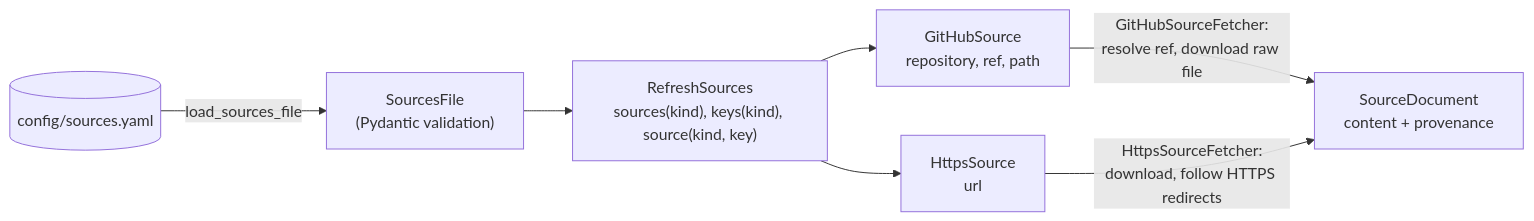
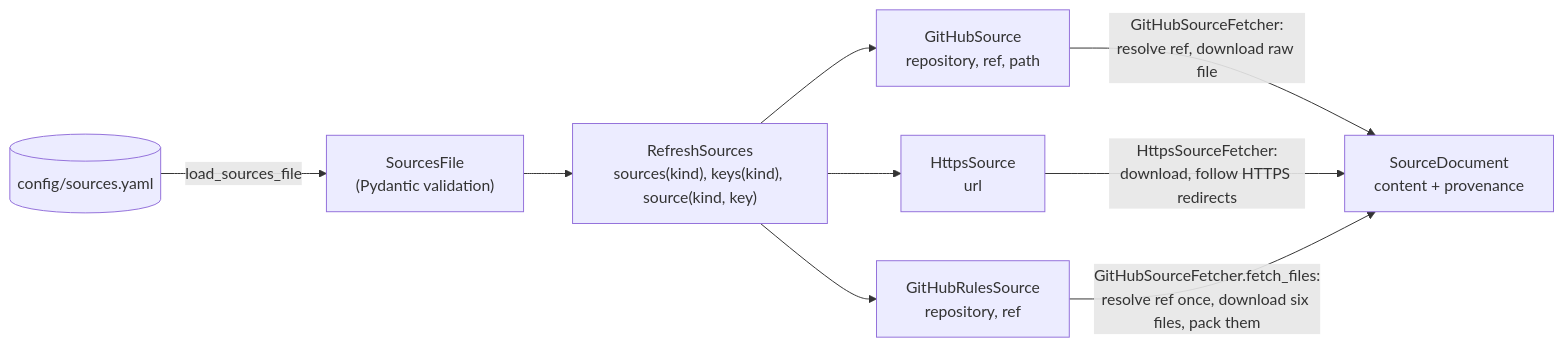
One commit to geneontology/standard-annotation-backend changed the second of 5 diagrams in docs/refresh-infrastructure.md. Above: the diagram before and after it, drawn with Mermaid. The commit also changed other lines of this file and 51 other files, not shown here.

````diff
--- a/docs/refresh-infrastructure.md
+++ b/docs/refresh-infrastructure.md
@@ -77,9 +78,11 @@
 ```mermaid
 flowchart LR
     file[("config/sources.yaml")] -->|"load_sources_file"| model["SourcesFile<br/>(Pydantic validation)"]
     model --> lookup["RefreshSources<br/>sources(kind), keys(kind), source(kind, key)"]
     lookup --> gh["GitHubSource<br/>repository, ref, path"]
     lookup --> https["HttpsSource<br/>url"]
     gh -->|"GitHubSourceFetcher:<br/>resolve ref, download raw file"| doc["SourceDocument<br/>content + provenance"]
     https -->|"HttpsSourceFetcher:<br/>download, follow HTTPS redirects"| doc
+    lookup --> rules["GitHubRulesSource<br/>repository, ref"]
+    rules -->|"GitHubSourceFetcher.fetch_files:<br/>resolve ref once, download six files, pack them"| doc
 ```
````
